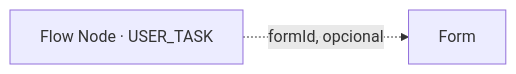
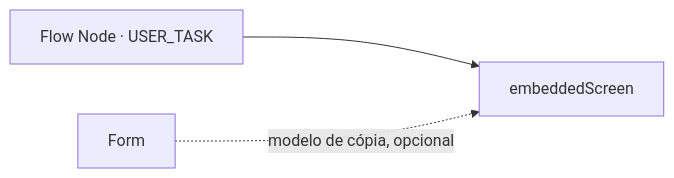
Before and after one commit to hermesnet-git/journey-admin: the second of 3 diagrams in requisitos/admin/ej-admin-modelo-dados-conceitual.md, drawn with Mermaid. The commit also changed other lines of this file and 89 other files, not shown here.

````diff
--- a/requisitos/admin/ej-admin-modelo-dados-conceitual.md
+++ b/requisitos/admin/ej-admin-modelo-dados-conceitual.md
@@ -242,7 +242,9 @@
 ```mermaid
 flowchart LR
     USER_TASK[Flow Node · USER_TASK]
+    SCREEN[embeddedScreen]
     FORM[Form]
 
-    USER_TASK -.->|formId, opcional| FORM
+    USER_TASK --> SCREEN
+    FORM -.->|modelo de cópia, opcional| SCREEN
 ```
````
